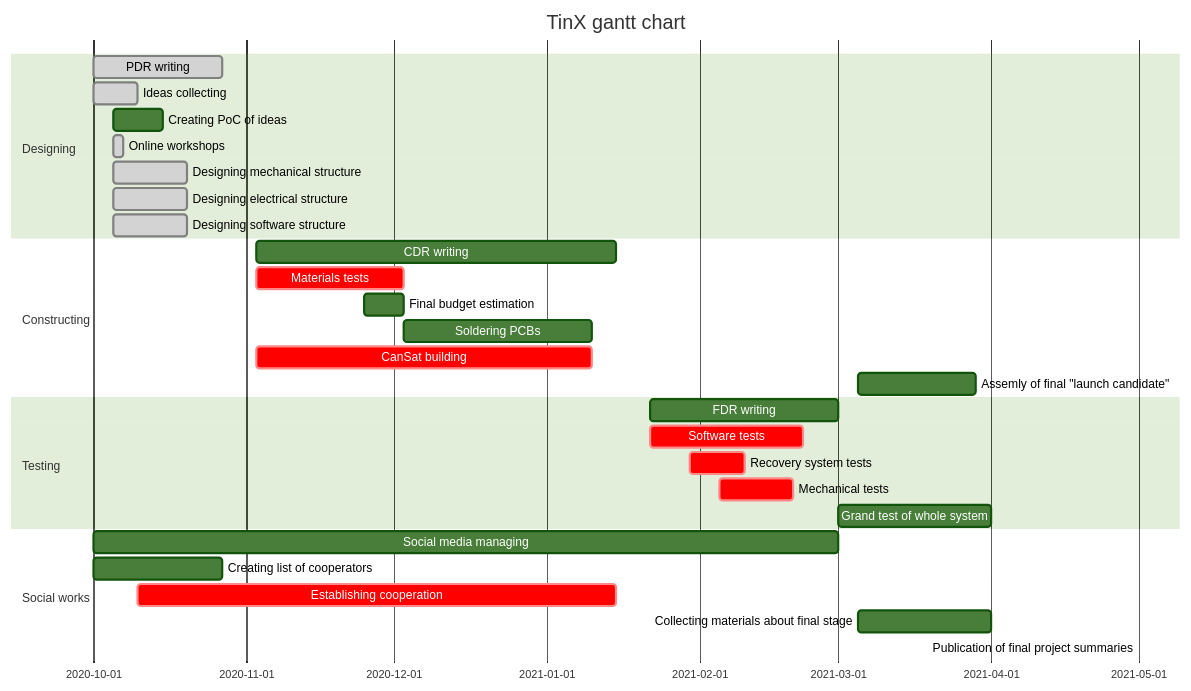
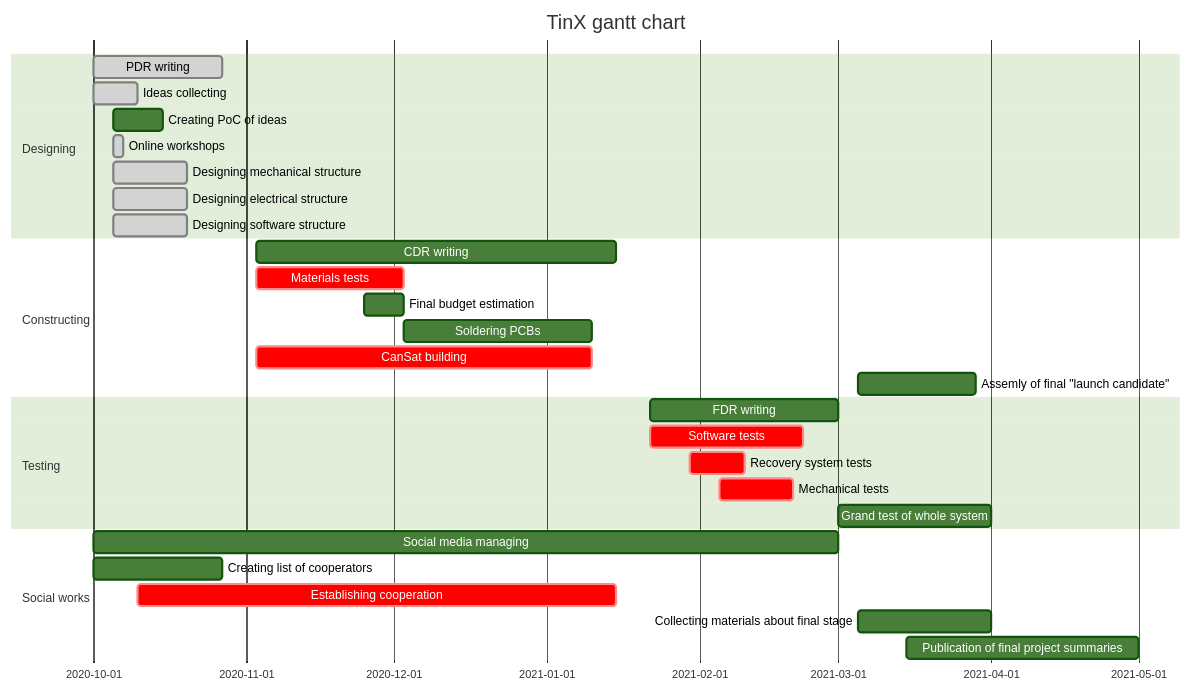
One commit to TinXsat/project-structure changed the diagram in gantt-chart.md. Above: the diagram before and after it, drawn with Mermaid (forest theme).

````diff
--- a/gantt-chart.md
+++ b/gantt-chart.md
@@ -25,38 +25,38 @@
 ```mermaid
 gantt
     title TinX gantt chart
     dateFormat  YYYY-MM-DD
     
     section Designing
     PDR writing :done, 2020-10-01, 2020-10-27
     Ideas collecting :done, 2020-10-01, 2020-10-10
     Creating PoC of ideas : 2020-10-05, 2020-10-15
     Online workshops :done, 2020-10-05, 2020-10-07
     Designing mechanical structure :done, 2020-10-05, 2020-10-20
     Designing electrical structure :done, 2020-10-05, 2020-10-20
     Designing software structure :done, 2020-10-05, 2020-10-20
     
     section Constructing
     CDR writing : 2020-11-03, 2021-01-15
     Materials tests :crit, 2020-11-03, 2020-12-03
     Final budget estimation : 2020-11-25, 2020-12-03
     Soldering PCBs : 2020-12-03, 2021-01-10
     CanSat building :crit, 2020-11-03, 2021-01-10
     Assemly of final "launch candidate" :crit 2021-03-05, 2021-03-29
     
     section Testing 
     FDR writing : 2021-01-22, 2021-03-01
     Software tests :crit, 2021-01-22, 2021-02-22
     Recovery system tests :crit, 2021-01-30, 2021-02-10
     Mechanical tests :crit, 2021-02-05, 2021-02-20
     Grand test of whole system : 2021-03-01, 2021-04-01
     
     section Social works
     Social media managing : 2020-10-01, 2021-03-01
     Creating list of cooperators : 2020-10-01, 2020-10-27
     Establishing cooperation :crit, 2020-10-10, 2021-01-15
     Collecting materials about final stage : 2021-03-05, 2021-04-01
-    Publication of final project summaries : 2021-05-01, 2021-05-01
+    Publication of final project summaries : 2021-03-15, 2021-05-01
     
     
 ```
````
